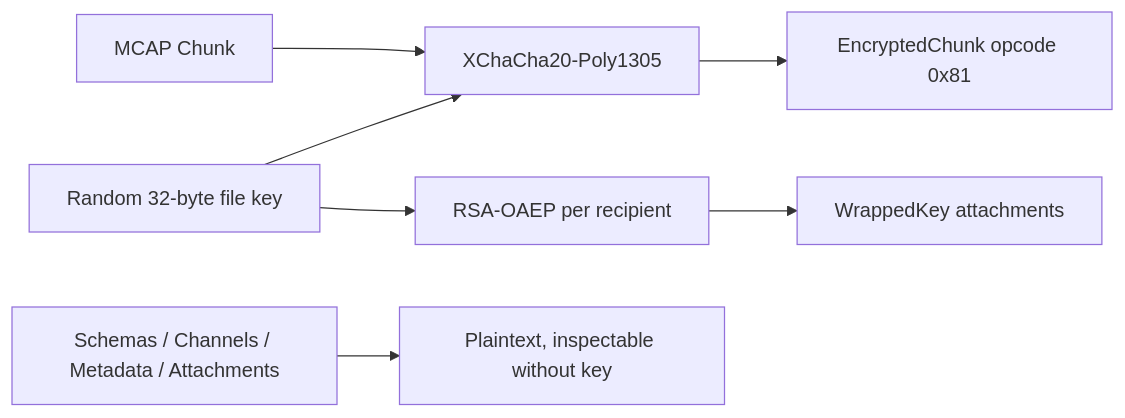
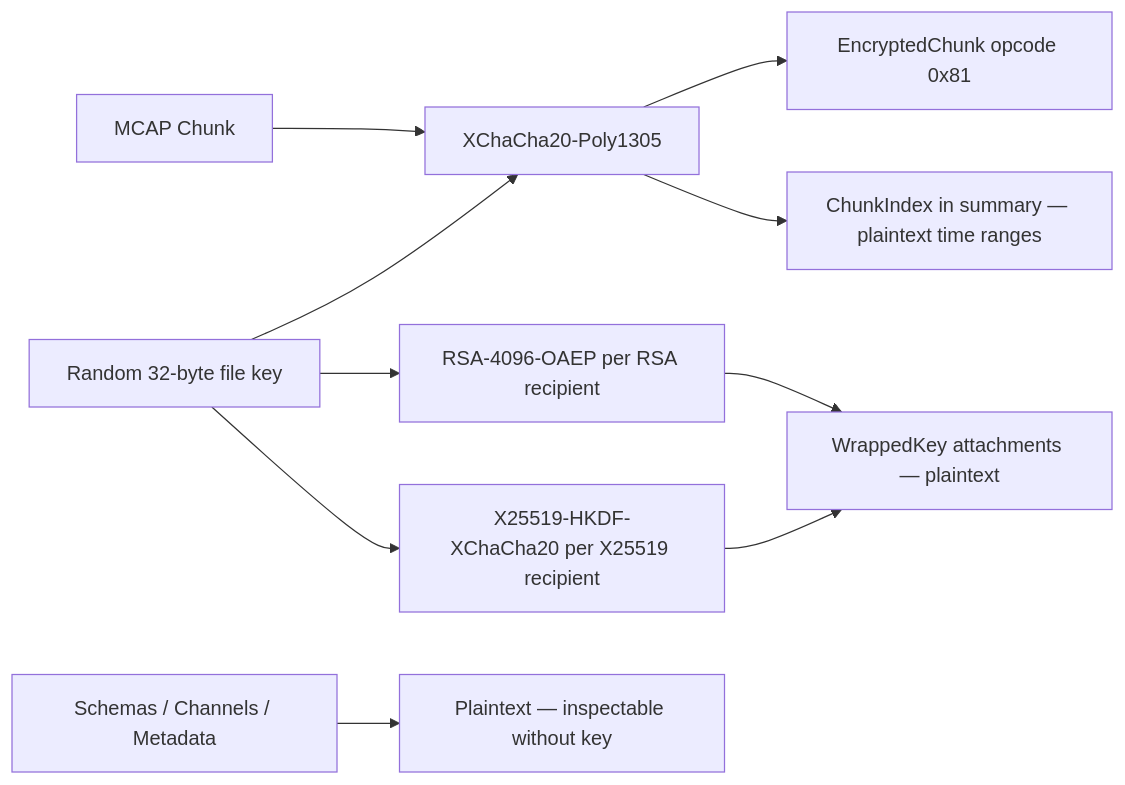
The diagram in README.md (remete618/mcap-encrypt), drawn with Mermaid before and after one commit. The commit also changed other lines of this file, not shown here.

First line of the commit message:
docs: rewrite security model; document bridge and TypeScript RSA-only limitation

````diff
--- a/README.md
+++ b/README.md
@@ -74,9 +75,12 @@
 ```mermaid
 flowchart LR
     A[MCAP Chunk] --> B[XChaCha20-Poly1305]
     D[Random 32-byte file key] --> B
     B --> C[EncryptedChunk opcode 0x81]
-    D --> E[RSA-OAEP per recipient]
-    E --> F[WrappedKey attachments]
-    G[Schemas / Channels / Metadata / Attachments] --> H[Plaintext, inspectable without key]
+    D --> E1[RSA-4096-OAEP per RSA recipient]
+    D --> E2[X25519-HKDF-XChaCha20 per X25519 recipient]
+    E1 --> F[WrappedKey attachments — plaintext]
+    E2 --> F
+    B --> I[ChunkIndex in summary — plaintext time ranges]
+    G[Schemas / Channels / Metadata] --> H[Plaintext — inspectable without key]
 ```
````
